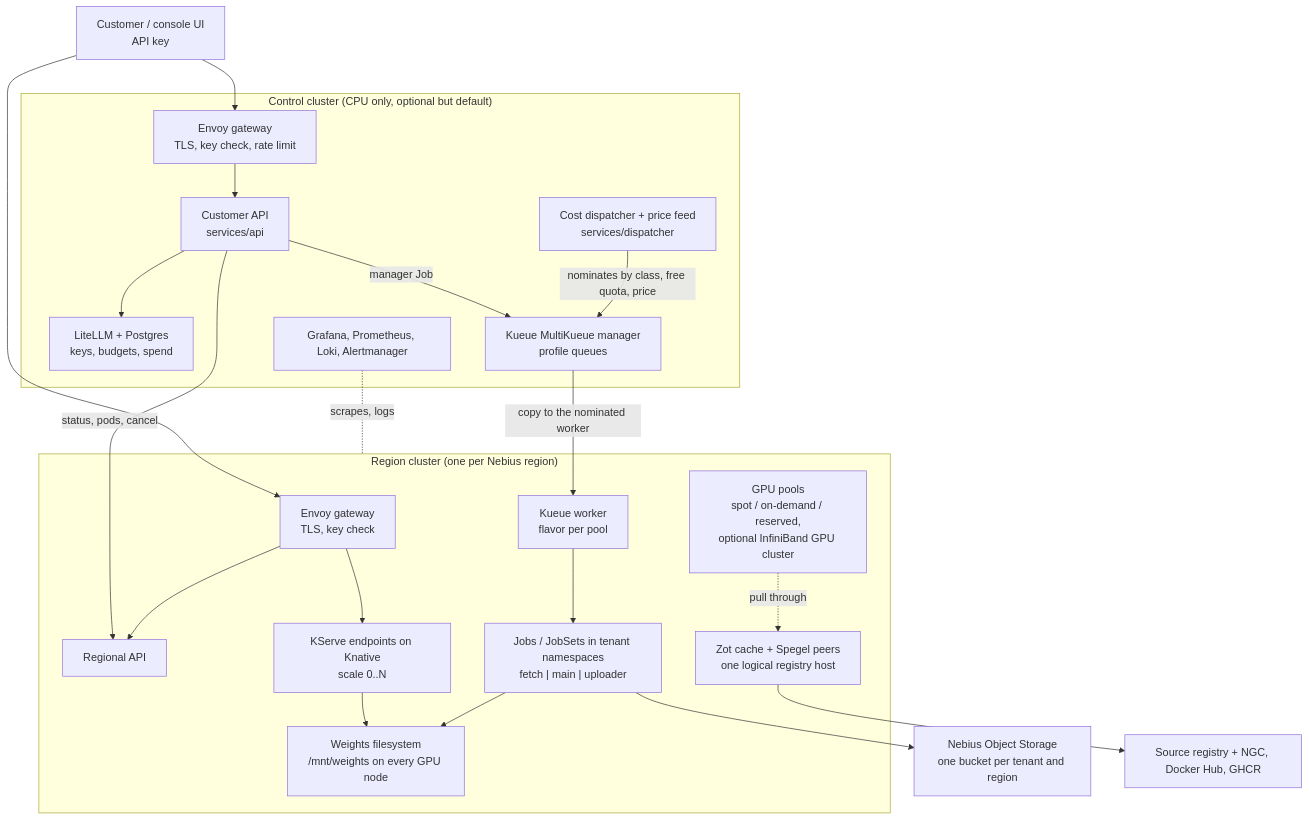
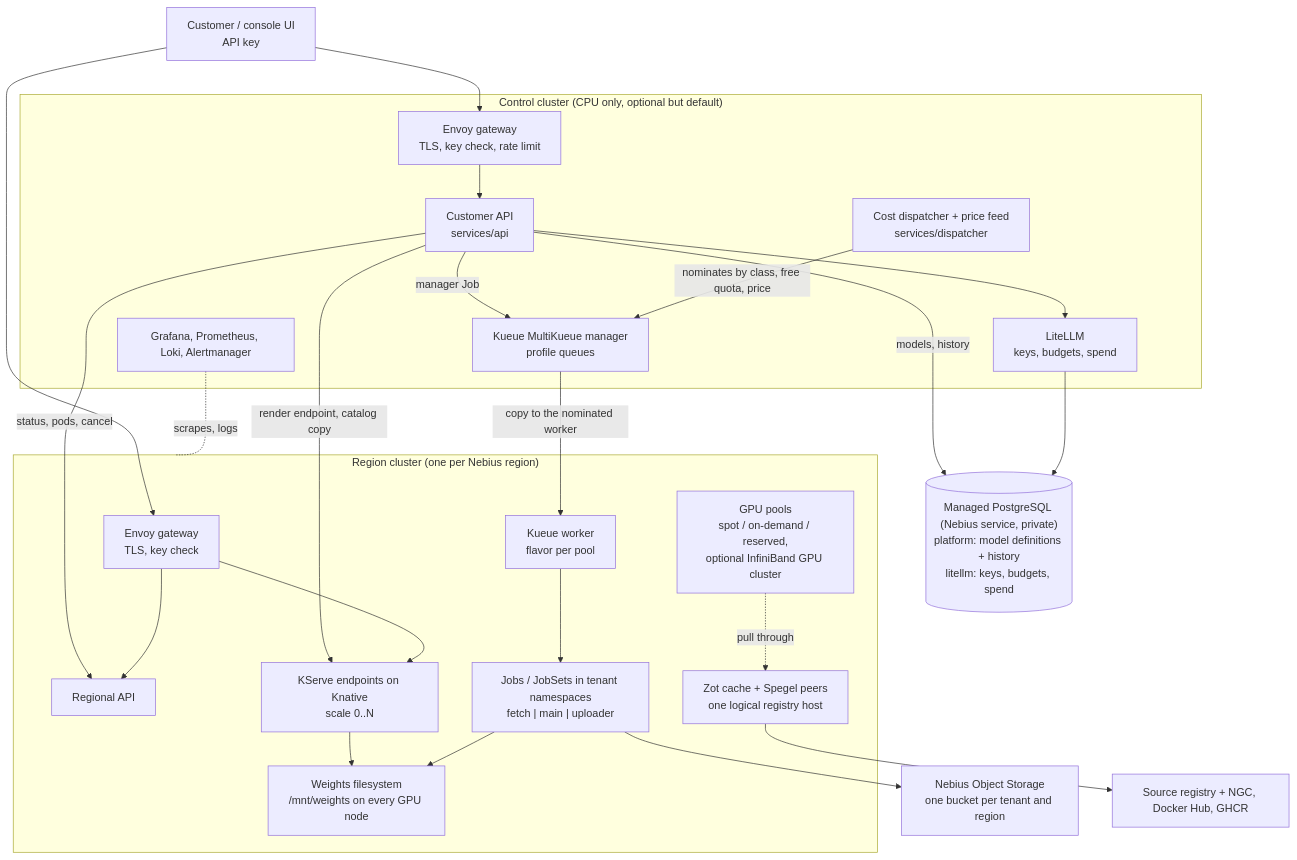
Before and after one commit to nebius/nebius-solutions-library: the first of 3 diagrams in k8s-inference/docs/ARCHITECTURE.md, drawn with Mermaid. The commit also changed other lines of this file and 94 other files, not shown here.

````diff
--- a/k8s-inference/docs/ARCHITECTURE.md
+++ b/k8s-inference/docs/ARCHITECTURE.md
@@ -8,44 +8,48 @@
 ```mermaid
 flowchart TB
     client["Customer / console UI<br/>API key"]
 
     subgraph control["Control cluster (CPU only, optional but default)"]
         gwc["Envoy gateway<br/>TLS, key check, rate limit"]
         api["Customer API<br/>services/api"]
-        litellm["LiteLLM + Postgres<br/>keys, budgets, spend"]
+        litellm["LiteLLM<br/>keys, budgets, spend"]
         kueuem["Kueue MultiKueue manager<br/>profile queues"]
         disp["Cost dispatcher + price feed<br/>services/dispatcher"]
         obs["Grafana, Prometheus, Loki, Alertmanager"]
     end
 
     subgraph region["Region cluster (one per Nebius region)"]
         gw["Envoy gateway<br/>TLS, key check"]
         rapi["Regional API"]
         ep["KServe endpoints on Knative<br/>scale 0..N"]
         kueuew["Kueue worker<br/>flavor per pool"]
         jobs["Jobs / JobSets in tenant namespaces<br/>fetch | main | uploader"]
         cache["Zot cache + Spegel peers<br/>one logical registry host"]
         fs["Weights filesystem<br/>/mnt/weights on every GPU node"]
         pools["GPU pools<br/>spot / on-demand / reserved,<br/>optional InfiniBand GPU cluster"]
     end
 
+    db[("Managed PostgreSQL (Nebius service, private)<br/>platform: model definitions + history<br/>litellm: keys, budgets, spend")]
     s3["Nebius Object Storage<br/>one bucket per tenant and region"]
     reg["Source registry + NGC, Docker Hub, GHCR"]
 
     client --> gwc --> api
     client --> gw
     api --> litellm
+    api -- "models, history" --> db
+    litellm --> db
+    api -- "render endpoint, catalog copy" --> ep
     api -- "manager Job" --> kueuem
     kueuem -- "copy to the nominated worker" --> kueuew
     disp -- "nominates by class, free quota, price" --> kueuem
     api -- "status, pods, cancel" --> rapi
     gw --> ep
     gw --> rapi
     kueuew --> jobs
     jobs --> s3
     ep --> fs
     jobs --> fs
     cache --> reg
     pools -. "pull through" .-> cache
     obs -. "scrapes, logs" .- region
 ```
````
